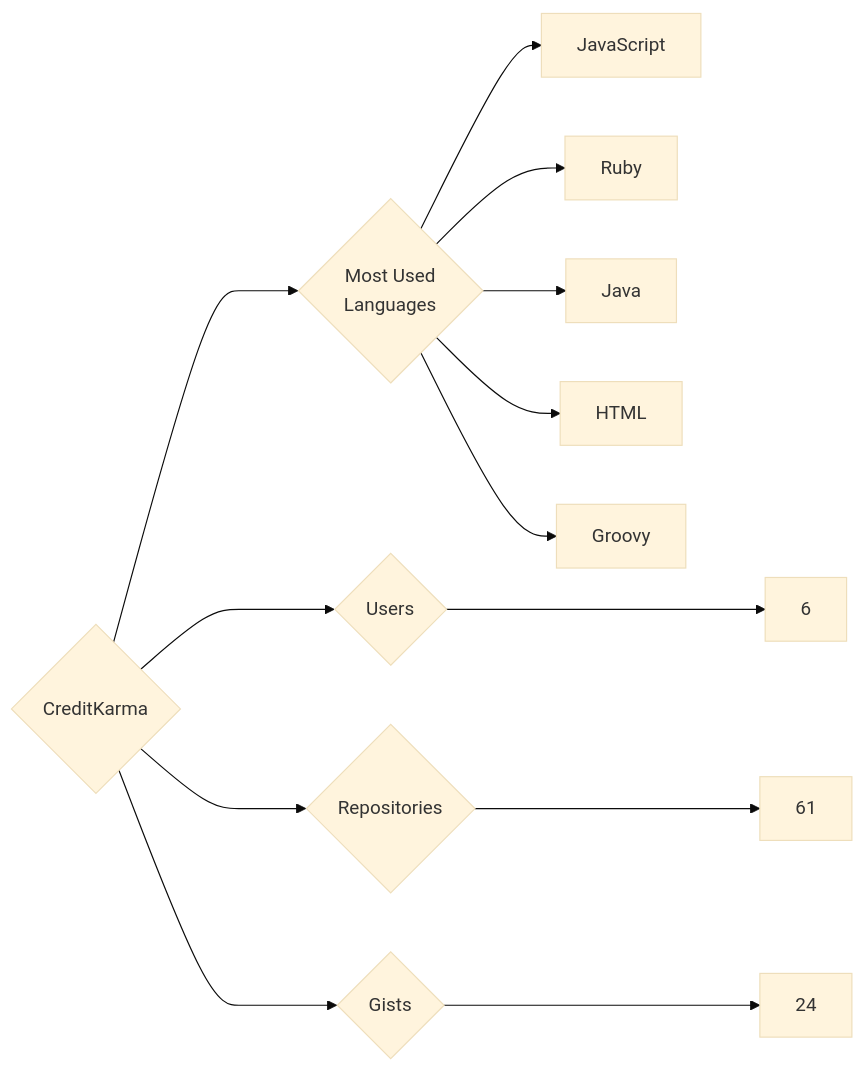
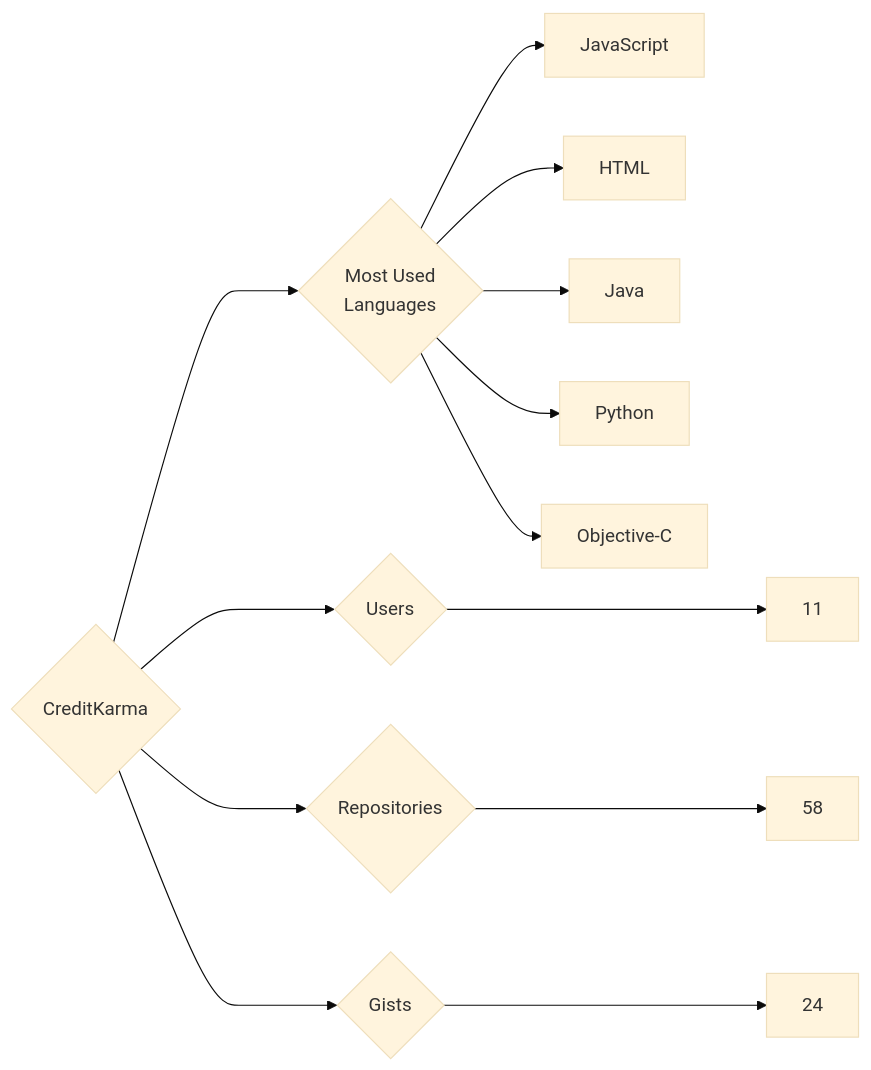
One commit to trickest/insiders changed the diagram in targets/CreditKarma/README.md. Above: the diagram before and after it, drawn with Mermaid (base theme). The commit also changed 1120 other files, not shown here.

````diff
--- a/targets/CreditKarma/README.md
+++ b/targets/CreditKarma/README.md
@@ -3,13 +3,13 @@
 ```mermaid
 graph LR
 COMPANY_NAME{CreditKarma}
-COMPANY_NAME ---> U{Users} ---> UN[6]
-COMPANY_NAME ---> R{Repositories} ---> RN[61]
+COMPANY_NAME ---> U{Users} ---> UN[11]
+COMPANY_NAME ---> R{Repositories} ---> RN[58]
 COMPANY_NAME ---> G{Gists} ---> GN[24]
 COMPANY_NAME ---> ML{Most Used<br>Languages}
 ML --> JavaScript[JavaScript]
-ML --> Ruby[Ruby]
+ML --> HTML[HTML]
 ML --> Java[Java]
-ML --> HTML[HTML]
-ML --> Groovy[Groovy]
+ML --> Python[Python]
+ML --> Objective-C[Objective-C]
 ```
````
